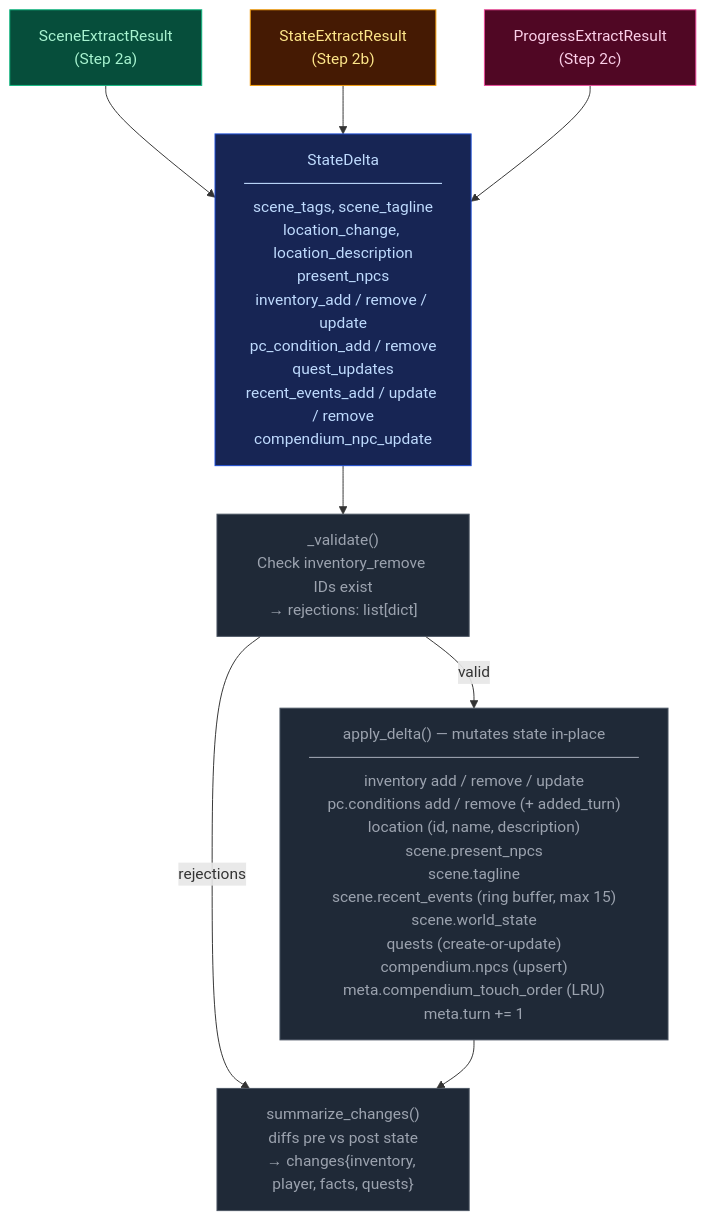
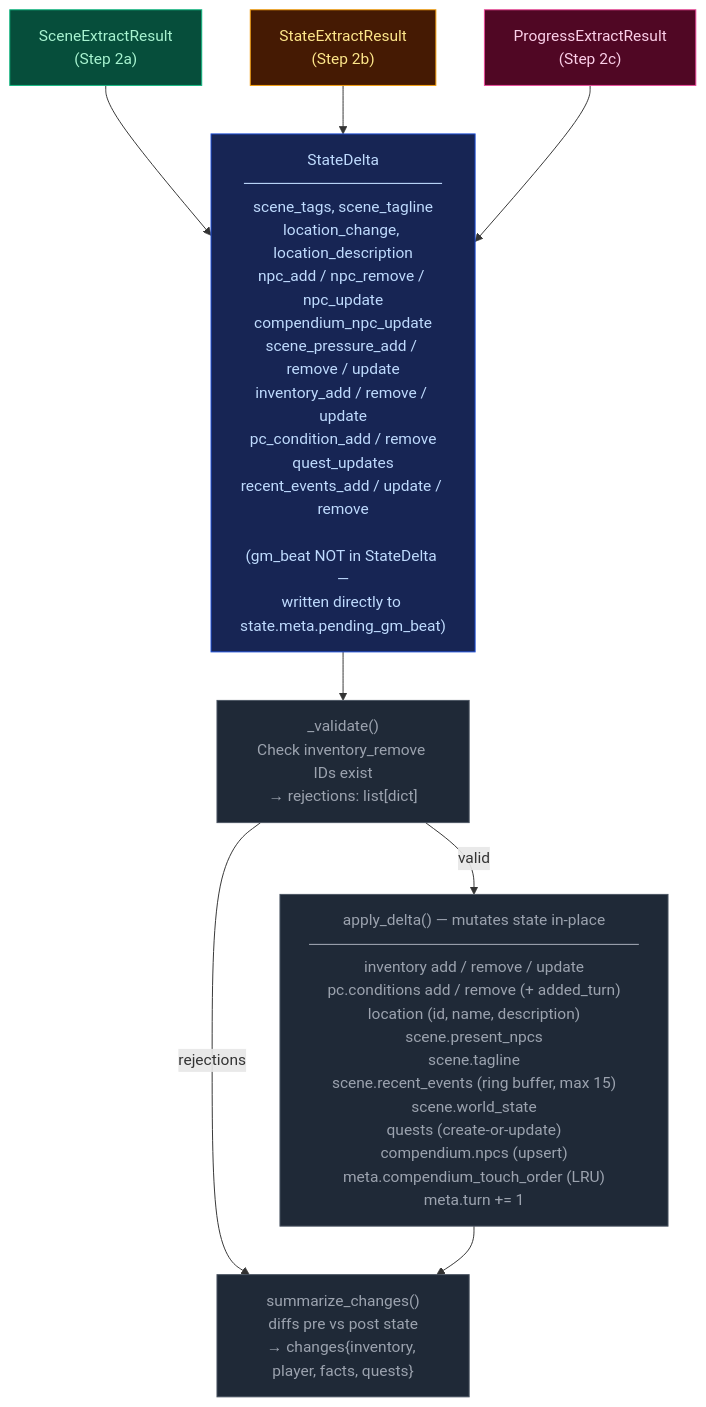
The seventh of 11 diagrams in docs/ARCHITECTURE.md (pww217/fablethread), drawn with Mermaid before and after one commit. The commit also changed other lines of this file and 20 other files, not shown here.

````diff
--- a/docs/ARCHITECTURE.md
+++ b/docs/ARCHITECTURE.md
@@ -319,28 +321,28 @@
 ```mermaid
 flowchart TD
     classDef stageScene    fill:#064e3b,color:#a7f3d0,stroke:#10b981
     classDef stageState    fill:#451a03,color:#fde68a,stroke:#f59e0b
     classDef stageProgress fill:#500724,color:#fbcfe8,stroke:#ec4899
     classDef pyNode        fill:#1f2937,color:#9ca3af,stroke:#4b5563
     classDef mergeNode     fill:#172554,color:#bfdbfe,stroke:#1d4ed8
 
     SR1["SceneExtractResult<br>(Step 2a)"]:::stageScene
     SR2["StateExtractResult<br>(Step 2b)"]:::stageState
     SR3["ProgressExtractResult<br>(Step 2c)"]:::stageProgress
 
-    MERGE["StateDelta<br>──────────────────<br>scene_tags, scene_tagline<br>location_change, location_description<br>present_npcs<br>inventory_add / remove / update<br>pc_condition_add / remove<br>quest_updates<br>recent_events_add / update / remove<br>compendium_npc_update"]:::mergeNode
+    MERGE["StateDelta<br>──────────────────<br>scene_tags, scene_tagline<br>location_change, location_description<br>npc_add / npc_remove / npc_update<br>compendium_npc_update<br>scene_pressure_add / remove / update<br>inventory_add / remove / update<br>pc_condition_add / remove<br>quest_updates<br>recent_events_add / update / remove<br><br>(gm_beat NOT in StateDelta —<br>written directly to state.meta.pending_gm_beat)"]:::mergeNode
 
     VALIDATE["_validate()<br>Check inventory_remove IDs exist<br>→ rejections: list[dict]"]:::pyNode
 
     APPLY["apply_delta() — mutates state in-place<br>──────────────────────────────<br>inventory add / remove / update<br>pc.conditions add / remove (+ added_turn)<br>location (id, name, description)<br>scene.present_npcs<br>scene.tagline<br>scene.recent_events (ring buffer, max 15)<br>scene.world_state<br>quests (create-or-update)<br>compendium.npcs (upsert)<br>meta.compendium_touch_order (LRU)<br>meta.turn += 1"]:::pyNode
 
     DIFF["summarize_changes()<br>diffs pre vs post state<br>→ changes{inventory, player, facts, quests}"]:::pyNode
 
     SR1 --> MERGE
     SR2 --> MERGE
     SR3 --> MERGE
     MERGE --> VALIDATE
     VALIDATE -- "valid" --> APPLY
     VALIDATE -- "rejections" --> DIFF
     APPLY --> DIFF
 ```
````
